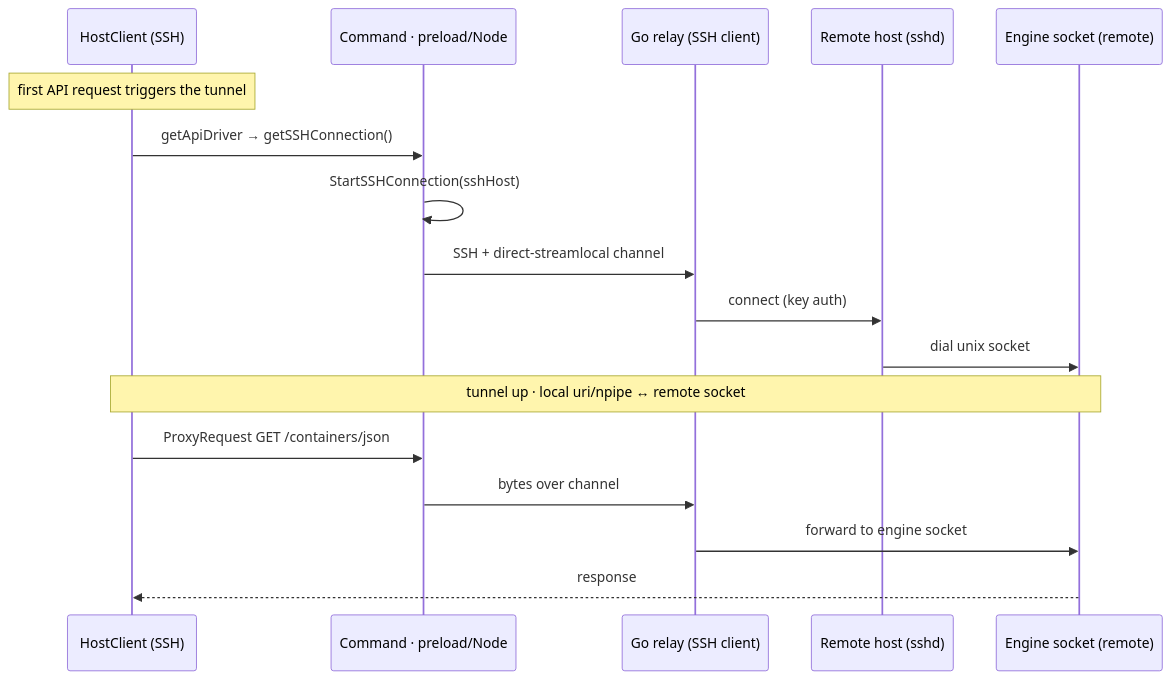
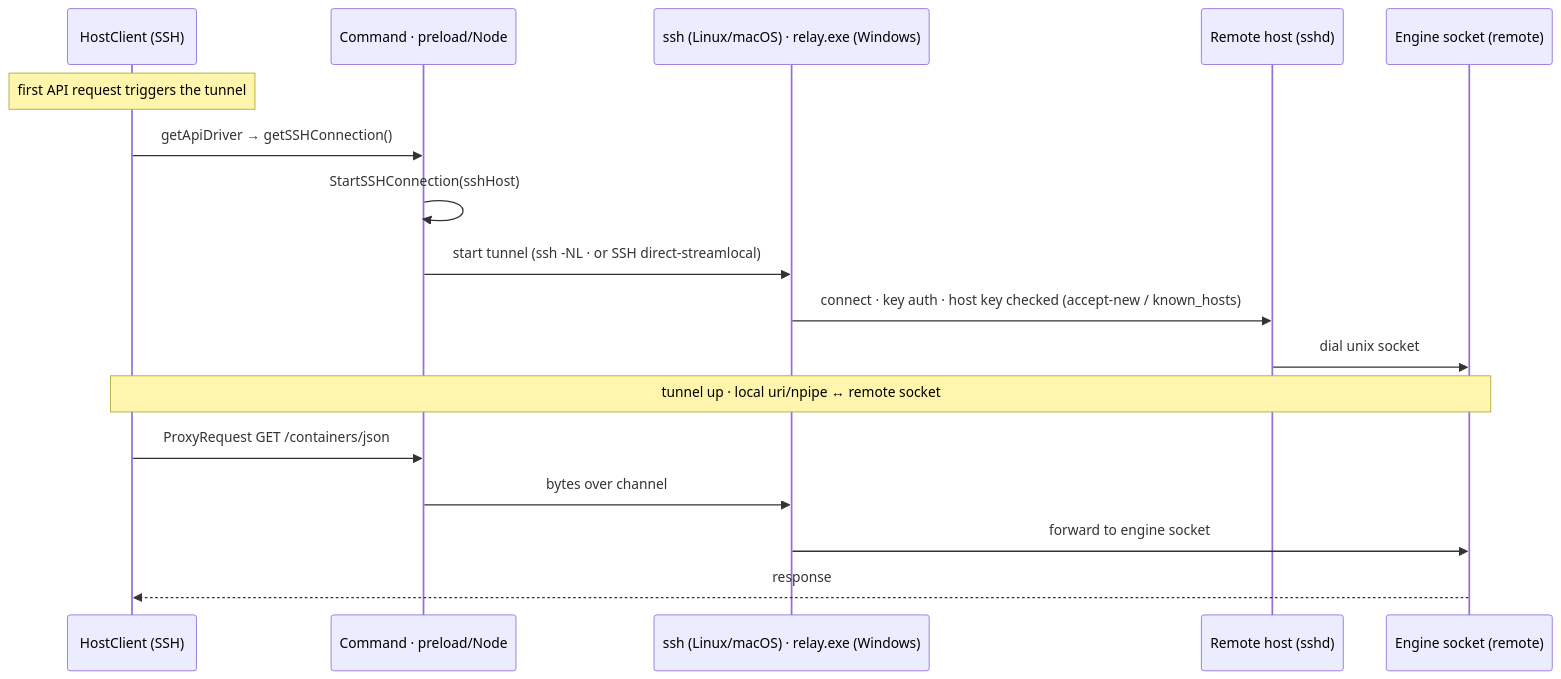
One commit to iongion/container-desktop changed the fourth of 6 diagrams in docs/architecture/connection-startup.md. Above: the diagram before and after it, drawn with Mermaid. The commit also changed other lines of this file and 11 other files, not shown here.

````diff
--- a/docs/architecture/connection-startup.md
+++ b/docs/architecture/connection-startup.md
@@ -142,20 +142,20 @@
 ```mermaid
 sequenceDiagram
   participant Host as HostClient (SSH)
   participant Cmd as Command · preload/Node
-  participant Relay as Go relay (SSH client)
+  participant Relay as ssh (Linux/macOS) · relay.exe (Windows)
   participant Remote as Remote host (sshd)
   participant Sock as Engine socket (remote)
 
   Note over Host: first API request triggers the tunnel
   Host->>Cmd: getApiDriver → getSSHConnection()
   Cmd->>Cmd: StartSSHConnection(sshHost)
-  Cmd->>Relay: SSH + direct-streamlocal channel
-  Relay->>Remote: connect (key auth)
+  Cmd->>Relay: start tunnel (ssh -NL · or SSH direct-streamlocal)
+  Relay->>Remote: connect · key auth · host key checked (accept-new / known_hosts)
   Remote->>Sock: dial unix socket
   Note over Host,Sock: tunnel up · local uri/npipe ↔ remote socket
   Host->>Cmd: ProxyRequest GET /containers/json
   Cmd->>Relay: bytes over channel
   Relay->>Sock: forward to engine socket
   Sock-->>Host: response
 ```
````
